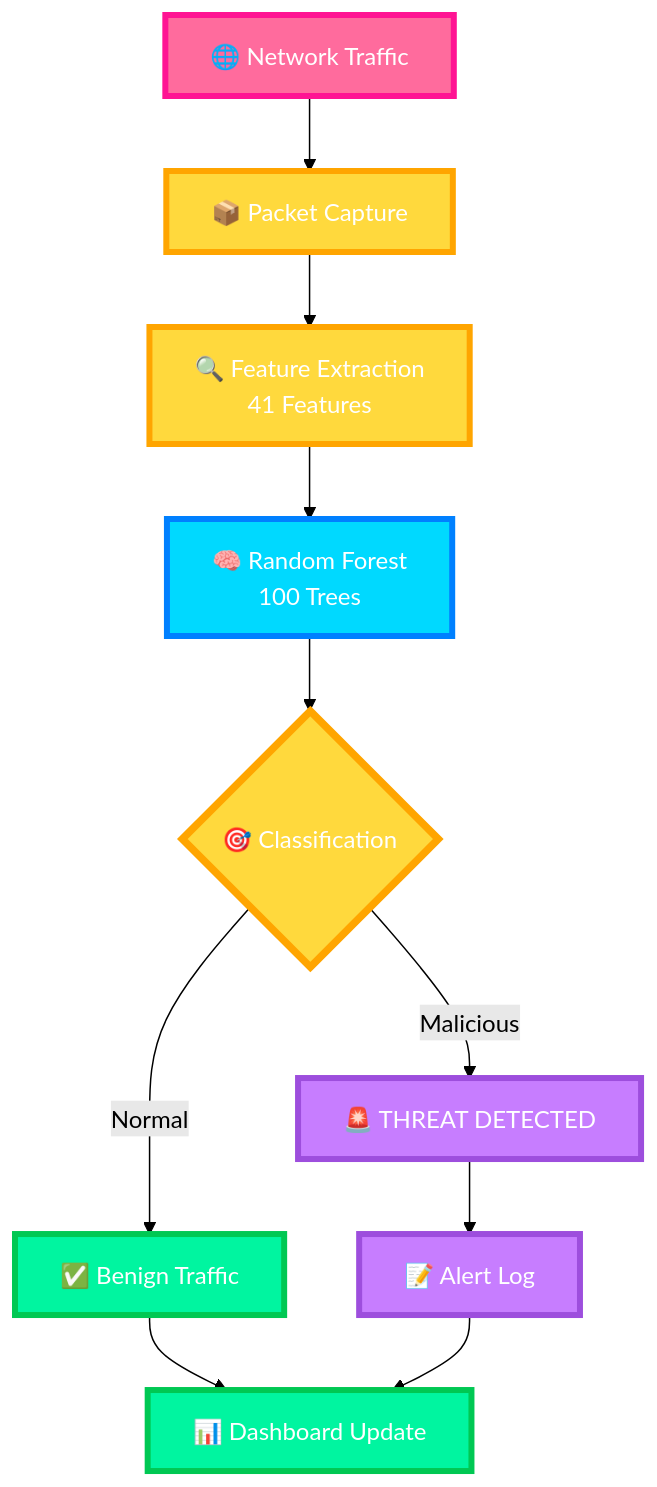
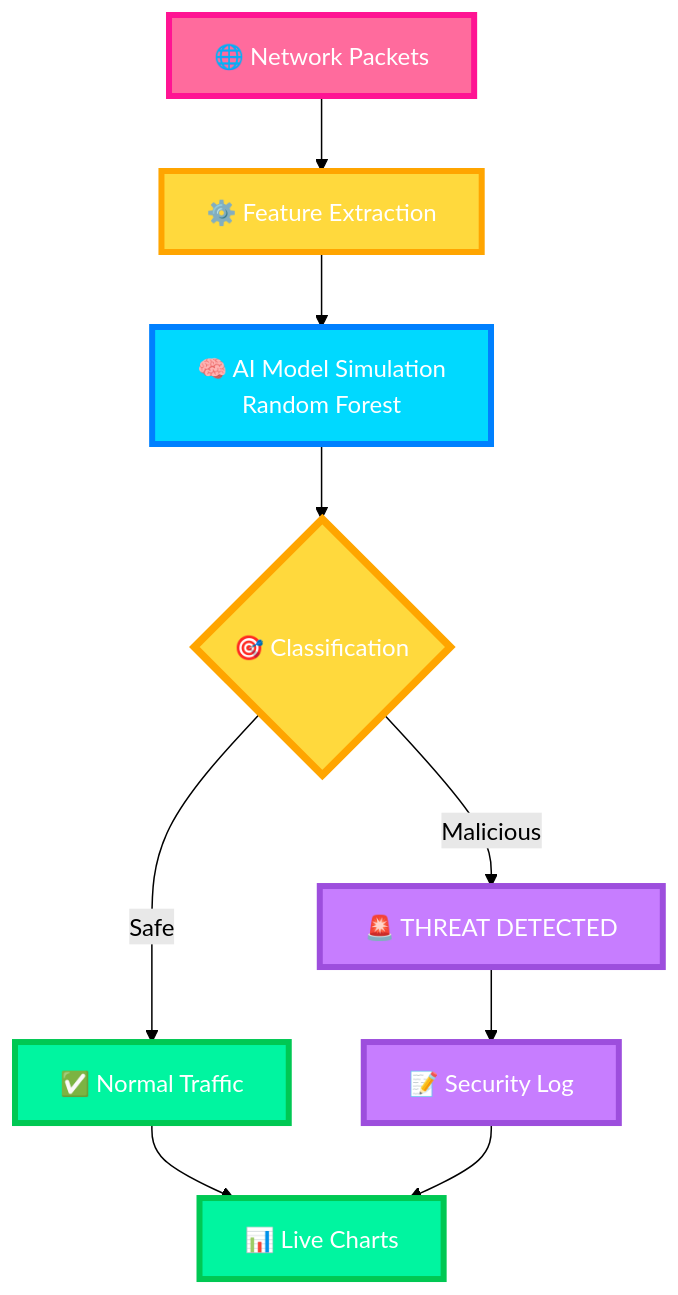
The diagram in README.md (sammiazaz/AI-based-Intrusion-Detection-Systems-IDS-), drawn with Mermaid (forest theme) before and after one commit. The commit also changed other lines of this file and 3 other files, not shown here.

````diff
--- a/README.md
+++ b/README.md
@@ -83,25 +44,24 @@
 ```mermaid
 graph TB
     %% Vibrant color definitions
     classDef input fill:#FF6B9D,stroke:#FF1493,stroke-width:4px,color:#FFF
     classDef process fill:#FFD93D,stroke:#FFA500,stroke-width:4px,color:#FFF
     classDef ai fill:#00D9FF,stroke:#0080FF,stroke-width:4px,color:#FFF
     classDef ui fill:#00F5A0,stroke:#00C853,stroke-width:4px,color:#FFF
     classDef alert fill:#C77DFF,stroke:#9D4EDD,stroke-width:4px,color:#FFF
 
-    A[🌐 Network Traffic]:::input
-    B[📦 Packet Capture]:::process
-    C[🔍 Feature Extraction<br/>41 Features]:::process
-    D[🧠 Random Forest<br/>100 Trees]:::ai
-    E{🎯 Classification}:::alert
-    F[✅ Benign Traffic]:::ui
-    G[🚨 THREAT DETECTED]:::alert
-    H[📊 Dashboard Update]:::ui
-    I[📝 Alert Log]:::alert
+    A[🌐 Network Packets]:::input
+    B[⚙️ Feature Extraction]:::process
+    C[🧠 AI Model Simulation<br/>Random Forest]:::ai
+    D{🎯 Classification}:::alert
+    E[✅ Normal Traffic]:::ui
+    F[🚨 THREAT DETECTED]:::alert
+    G[📊 Live Charts]:::ui
+    H[📝 Security Log]:::alert
 
-    A --> B --> C --> D --> E
-    E -->|Normal| F --> H
-    E -->|Malicious| G --> I --> H
+    A --> B --> C --> D
+    D -->|Safe| E --> G
+    D -->|Malicious| F --> H --> G
     
-    style E fill:#FFD93D,stroke:#FFA500,stroke-width:5px,color:#FFF
+    style D fill:#FFD93D,stroke:#FFA500,stroke-width:5px,color:#FFF
 ```
````
